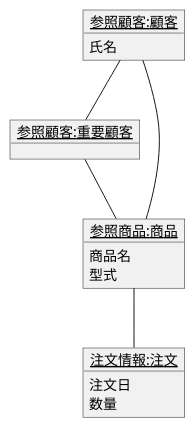
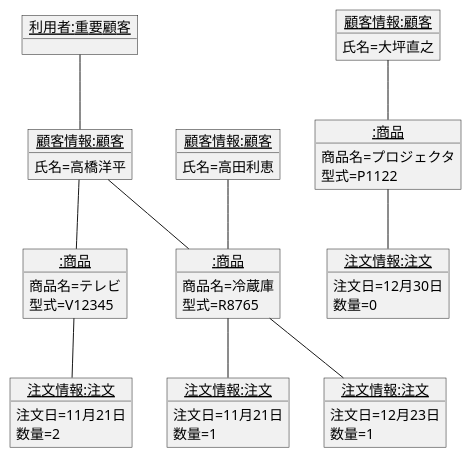
One commit to syutamorijyobi/uml-introduction changed the diagram in 演習3-7_OBJ_注文のオブジェクト図.pu. Above: the diagram before and after it, drawn with PlantUML. The commit also changed 2 other files, not shown here.

```diff
--- a/演習3-7_OBJ_注文のオブジェクト図.pu
+++ b/演習3-7_OBJ_注文のオブジェクト図.pu
@@ -1,20 +1,52 @@
 @startuml kuruma
 ' left to right direction
-object "<u>参照顧客:重要顧客</u>" as  a{
+object "<u>利用者:重要顧客</u>" as  importuser{
 }
-object "<u>参照顧客:顧客</u>" as b {
-氏名
+object "<u>顧客情報:顧客</u>" as user1 {
+氏名=高橋洋平
 }
-object "<u>参照商品:商品</u>" as c {
-商品名
-型式
+object "<u>顧客情報:顧客</u>" as user2 {
+氏名=高田利恵
 }
-object "<u>注文情報:注文</u>" as d {
-注文日
-数量
+object "<u>顧客情報:顧客</u>" as user3 {
+氏名=大坪直之
 }
-b -- a
-a -- c
-b -- c
-c -- d 
+object "<u>:商品</u>" as product1 {
+商品名=テレビ
+型式=V12345
+}
+object "<u>:商品</u>" as product2 {
+商品名=冷蔵庫
+型式=R8765
+}
+object "<u>:商品</u>" as product3 {
+商品名=プロジェクタ
+型式=P1122
+}
+object "<u>注文情報:注文</u>" as order1 {
+注文日=11月21日
+数量=2
+}
+object "<u>注文情報:注文</u>" as order2 {
+注文日=11月21日
+数量=1
+}
+object "<u>注文情報:注文</u>" as order3 {
+注文日=12月23日
+数量=1
+}
+object "<u>注文情報:注文</u>" as order4 {
+注文日=12月30日
+数量=0
+}
+importuser -- user1
+user1 -- product1
+user1 -- product2
+user2 -- product2
+user3 -- product3
+product1 -- order1
+product2 -- order2
+product2 -- order3
+product3 -- order4
+
 @enduml
```
